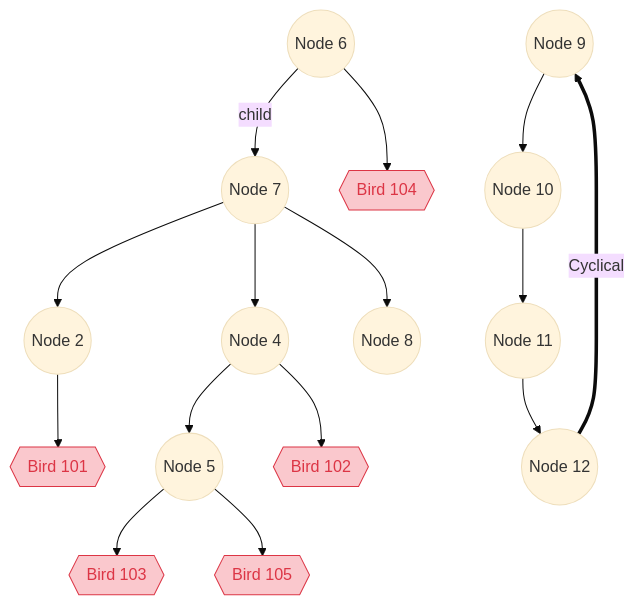
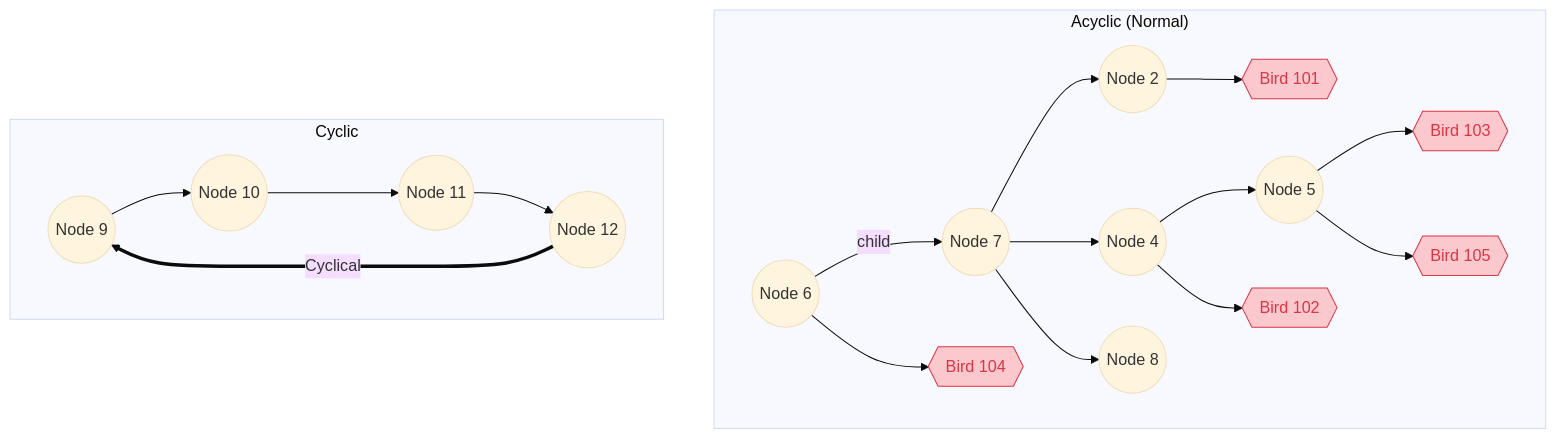
The diagram in README.md (mst209/birds), drawn with Mermaid before and after one commit.

````diff
--- a/README.md
+++ b/README.md
@@ -69,28 +69,30 @@
 ```mermaid
 ---
 config:
   layout: dagre
   look: classic
   theme: base
 ---
 flowchart TD
     classDef err color:#dc3545,stroke:#dc3545,fill:#fac8cd;
     classDef ok color:#35dc89,stroke:#35dc89,fill:#e8ffed;
+    subgraph "Acyclic (Normal)"
     A((Node 6)) -- child --> B((Node 7))
     B((Node 7)) --> C((Node 2))
     B((Node 7)) --> D((Node 4))
     B((Node 7)) --> E((Node 8))
     D((Node 4)) --> F((Node 5))
-
-    G((Node 9)) --> H((Node 10))
-    H((Node 10)) --> I((Node 11))
-    I((Node 11)) --> J((Node 12))
-    J((Node 12)) == Cyclical ==> G((Node 9))
-
     
     C((Node 2)) --> Z{{Bird 101}}:::err
     D((Node 4)) --> Y{{Bird 102}}:::err
     F((Node 5)) --> X{{Bird 103}}:::err
     A((Node 6)) --> W{{Bird 104}}:::err
     F((Node 5)) --> V{{Bird 105}}:::err
+    end
+    subgraph Cyclic
+    G((Node 9)) --> H((Node 10))
+    H((Node 10)) --> I((Node 11))
+    I((Node 11)) --> J((Node 12))
+    J((Node 12)) == Cyclical ==> G((Node 9))
+    end
 ```
````
